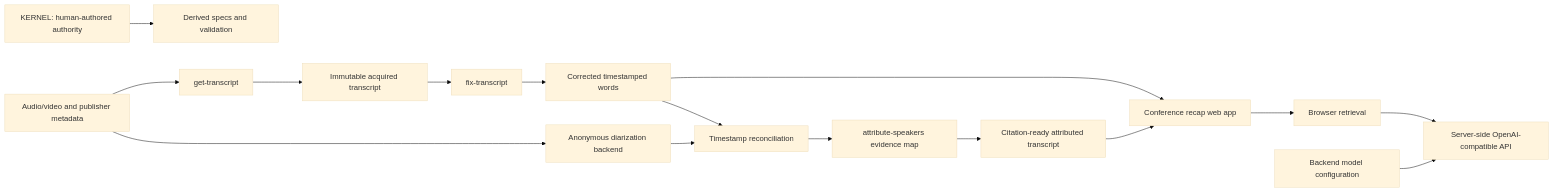
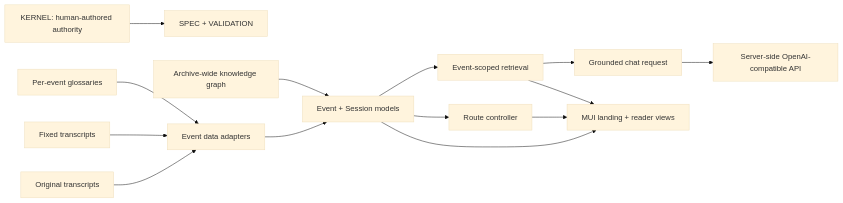
Before and after one commit to johnpfeiffer/conferences: the first of 3 diagrams in architecture.md, drawn with Mermaid (base theme). The commit also changed other lines of this file and 48 other files, not shown here.

````diff
--- a/architecture.md
+++ b/architecture.md
@@ -9,18 +10,16 @@
 ```mermaid
 flowchart LR
-    K[KERNEL: human-authored authority] --> S[Derived specs and validation]
-    A[Audio/video and publisher metadata] --> G[get-transcript]
-    G --> R[Immutable acquired transcript]
-    R --> F[fix-transcript]
-    F --> C[Corrected timestamped words]
-    A --> D[Anonymous diarization backend]
-    C --> J[Timestamp reconciliation]
-    D --> J
-    J --> I[attribute-speakers evidence map]
-    I --> O[Citation-ready attributed transcript]
-    C --> APP[Conference recap web app]
-    O --> APP
-    APP --> RET[Browser retrieval]
-    RET --> API[Server-side OpenAI-compatible API]
-    CFG[Backend model configuration] --> API
+    K[KERNEL: human-authored authority] --> SPEC[SPEC + VALIDATION]
+    RAW[Original transcripts] --> DATA[Event data adapters]
+    FIX[Fixed transcripts] --> DATA
+    GLOSS[Per-event glossaries] --> DATA
+    DATA --> MODEL[Event + Session models]
+    MODEL --> ROUTES[Route controller]
+    MODEL --> RET[Event-scoped retrieval]
+    RET --> CHAT[Grounded chat request]
+    CHAT --> API[Server-side OpenAI-compatible API]
+    MODEL --> VIEWS[MUI landing + reader views]
+    ROUTES --> VIEWS
+    RET --> VIEWS
+    GRAPH[Archive-wide knowledge graph] --> MODEL
 ```
````
